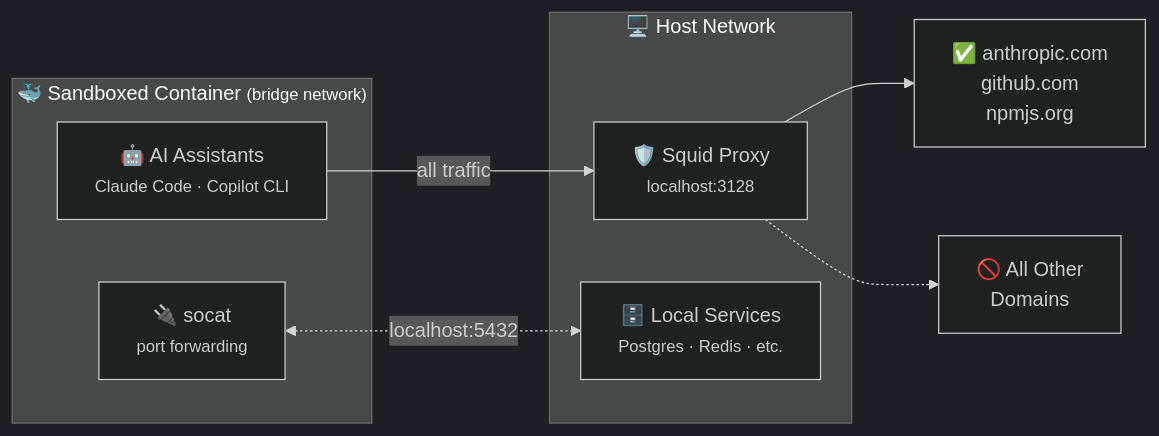
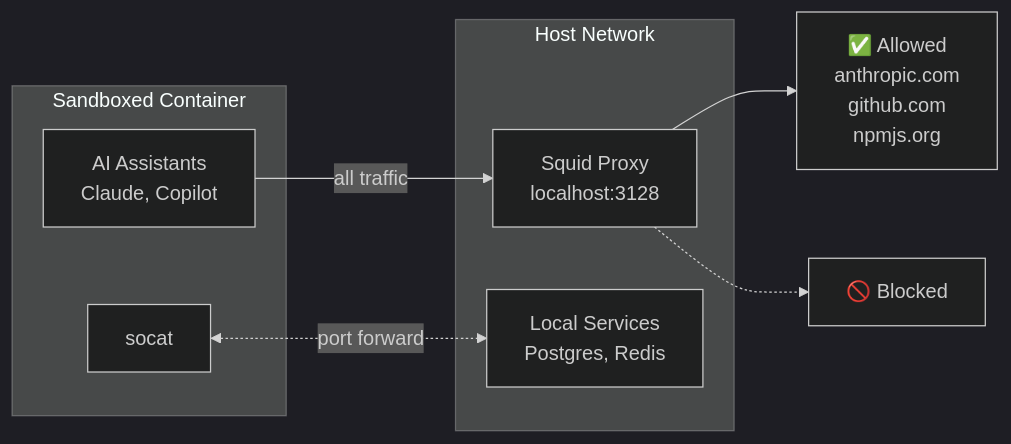
One commit to rickchristie/govner changed the diagram in README.md. Above: the diagram before and after it, drawn with Mermaid (dark theme). The commit also changed 1 other file, not shown here.

Commit message:
sandb: Simplified README diagram

````diff
--- a/README.md
+++ b/README.md
@@ -39,20 +39,20 @@
 ```mermaid
 flowchart LR
-    subgraph host["🖥️ Host Network"]
-        proxy["🛡️ Squid Proxy<br/><small>localhost:3128</small>"]
-        services["🗄️ Local Services<br/><small>Postgres · Redis · etc.</small>"]
+    subgraph host["Host Network"]
+        proxy["Squid Proxy<br/>localhost:3128"]
+        services["Local Services<br/>Postgres, Redis"]
     end
 
-    subgraph container["🐳 Sandboxed Container <small>(bridge network)</small>"]
-        ai["🤖 AI Assistants<br/><small>Claude Code · Copilot CLI</small>"]
-        socat["🔌 socat<br/><small>port forwarding</small>"]
+    subgraph container["Sandboxed Container"]
+        ai["AI Assistants<br/>Claude, Copilot"]
+        socat["socat"]
     end
 
-    allowed["✅ anthropic.com<br/>github.com<br/>npmjs.org"]
-    blocked["🚫 All Other<br/>Domains"]
+    allowed["✅ Allowed<br/>anthropic.com<br/>github.com<br/>npmjs.org"]
+    blocked["🚫 Blocked"]
 
     ai -->|"all traffic"| proxy
     proxy --> allowed
     proxy -.-> blocked
-    socat <-.->|"localhost:5432"| services
+    socat <-.->|"port forward"| services
 ```
````
